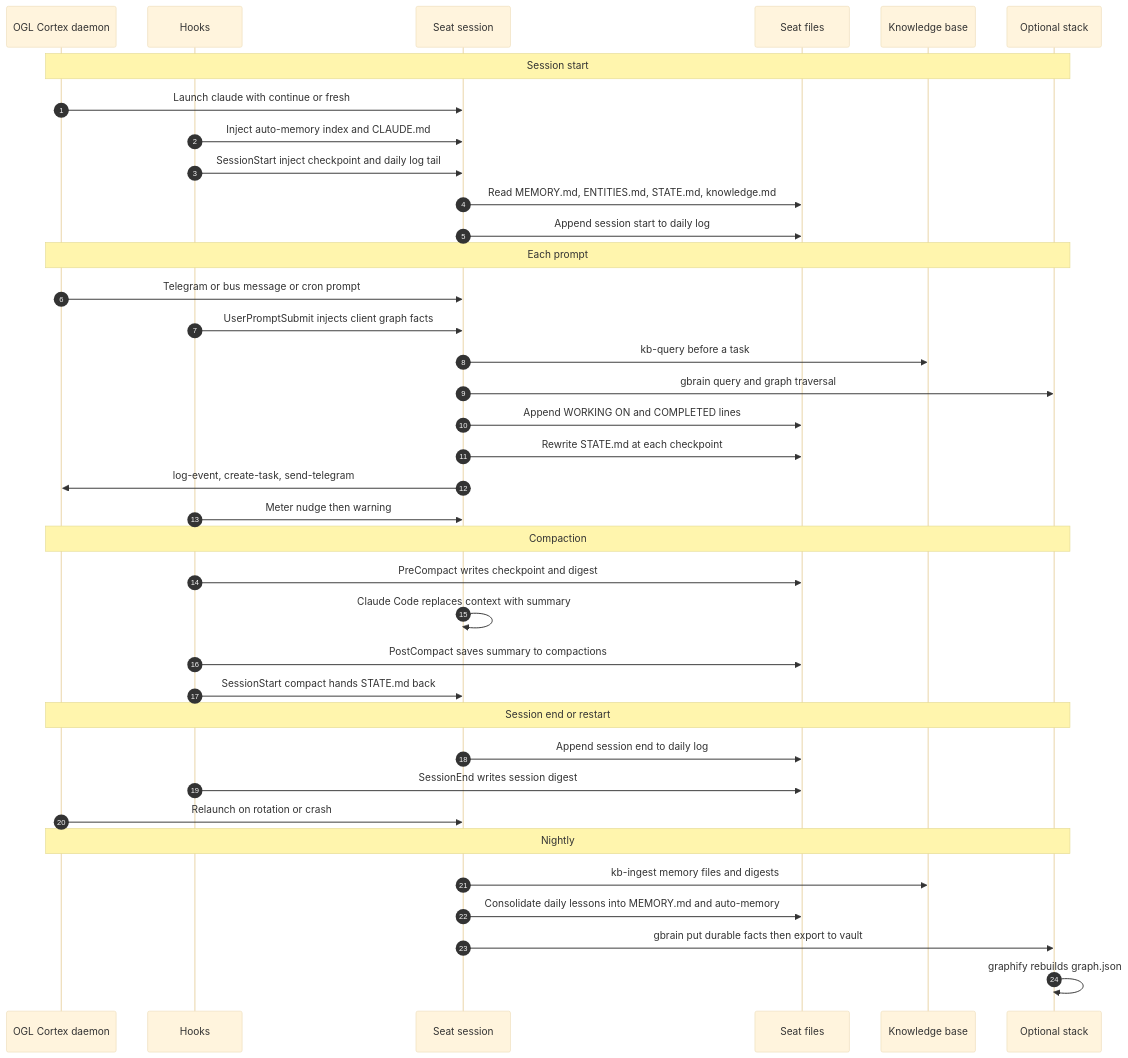
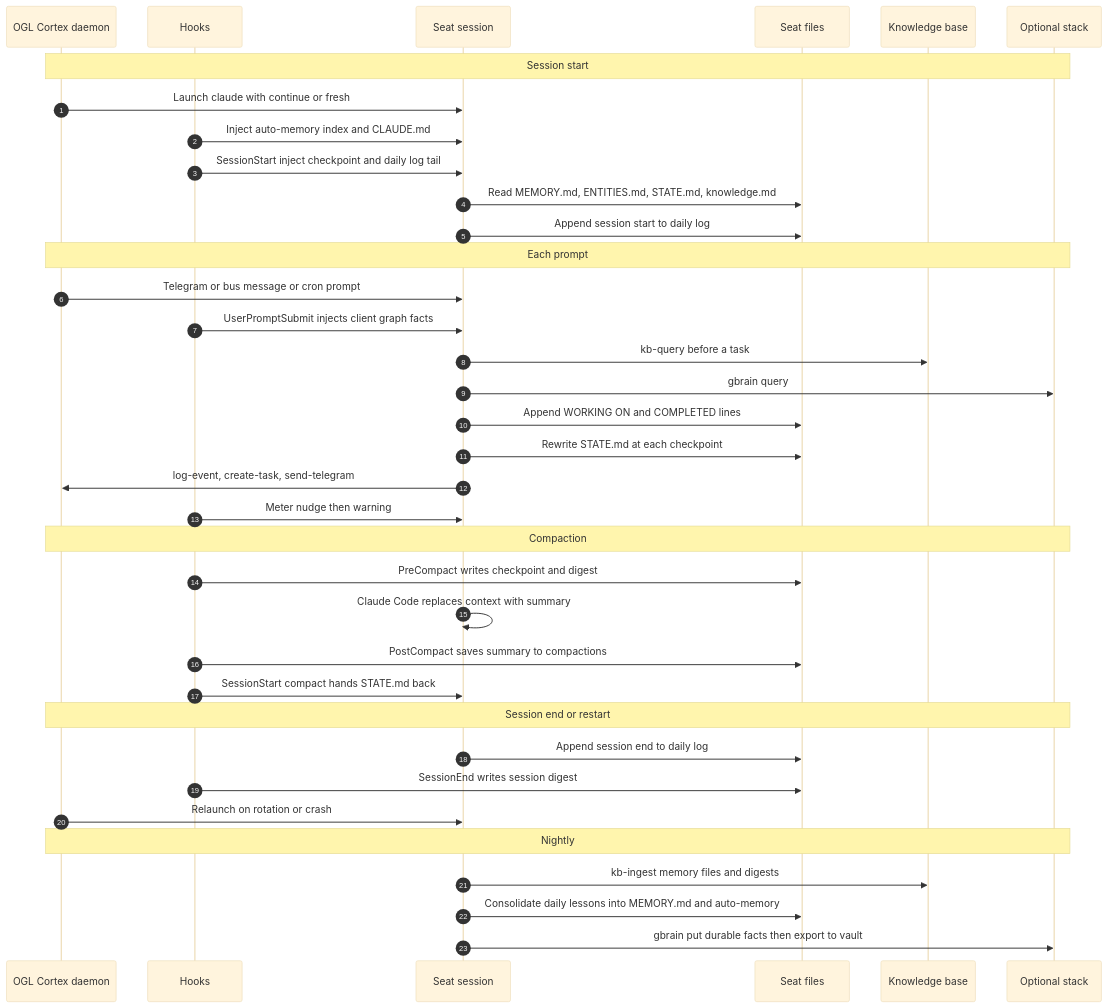
One commit to nicoreincarnate-oss/ogl-cortex changed the diagram in docs/05-memory-architecture.md. Above: the diagram before and after it, drawn with Mermaid (base theme). The commit also changed other lines of this file and 18 other files, not shown here.

First line of the commit message:
Docs: memory without a graph layer

````diff
--- a/docs/05-memory-architecture.md
+++ b/docs/05-memory-architecture.md
@@ -216,39 +212,38 @@
 ```mermaid
 sequenceDiagram
     autonumber
     participant D as OGL Cortex daemon
     participant H as Hooks
     participant S as Seat session
     participant F as Seat files
     participant KB as Knowledge base
     participant X as Optional stack
     Note over D,X: Session start
     D->>S: Launch claude with continue or fresh
     H->>S: Inject auto-memory index and CLAUDE.md
     H->>S: SessionStart inject checkpoint and daily log tail
     S->>F: Read MEMORY.md, ENTITIES.md, STATE.md, knowledge.md
     S->>F: Append session start to daily log
     Note over D,X: Each prompt
     D->>S: Telegram or bus message or cron prompt
     H->>S: UserPromptSubmit injects client graph facts
     S->>KB: kb-query before a task
-    S->>X: gbrain query and graph traversal
+    S->>X: gbrain query
     S->>F: Append WORKING ON and COMPLETED lines
     S->>F: Rewrite STATE.md at each checkpoint
     S->>D: log-event, create-task, send-telegram
     H->>S: Meter nudge then warning
     Note over D,X: Compaction
     H->>F: PreCompact writes checkpoint and digest
     S->>S: Claude Code replaces context with summary
     H->>F: PostCompact saves summary to compactions
     H->>S: SessionStart compact hands STATE.md back
     Note over D,X: Session end or restart
     S->>F: Append session end to daily log
     H->>F: SessionEnd writes session digest
     D->>S: Relaunch on rotation or crash
     Note over D,X: Nightly
     S->>KB: kb-ingest memory files and digests
     S->>F: Consolidate daily lessons into MEMORY.md and auto-memory
     S->>X: gbrain put durable facts then export to vault
-    X->>X: graphify rebuilds graph.json
 ```
````
